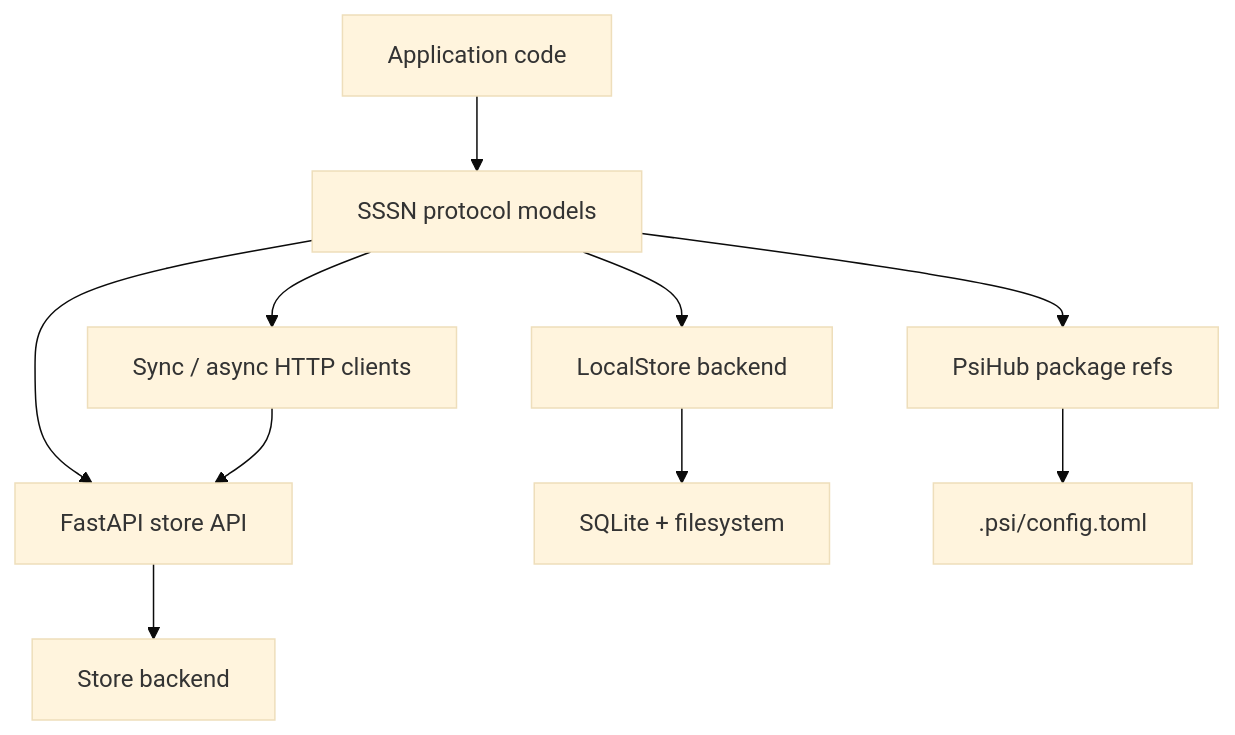
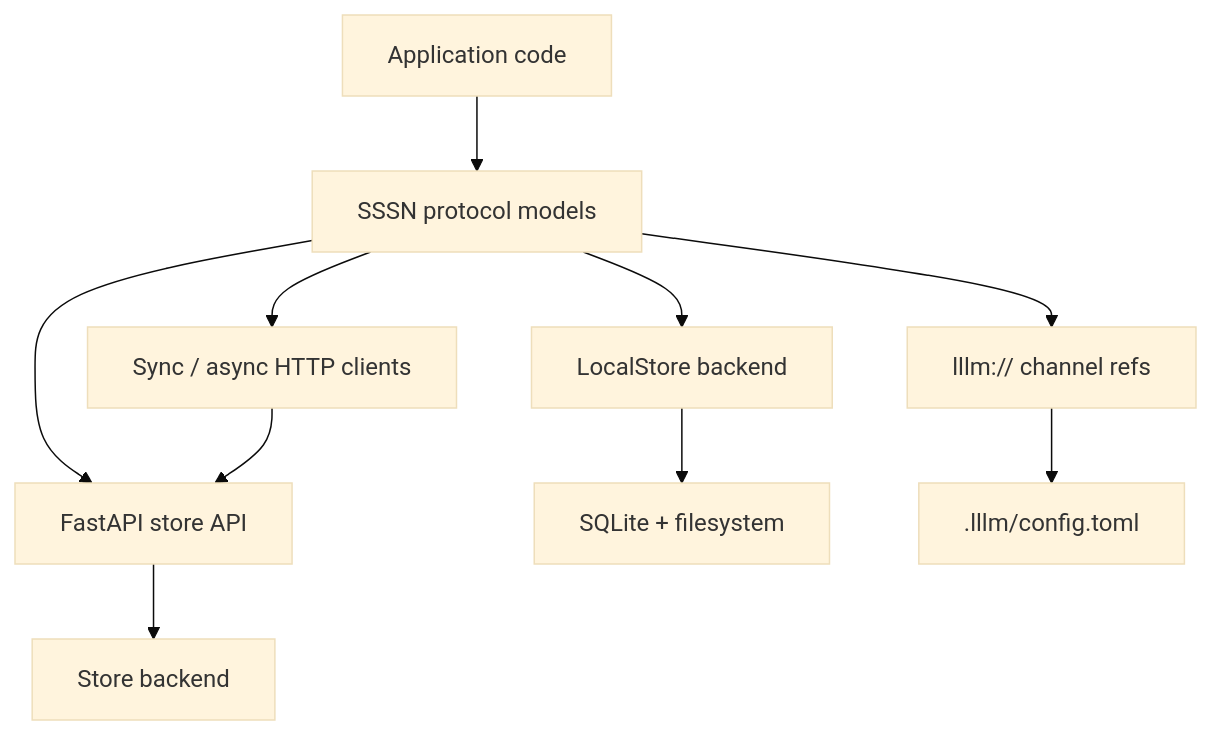
One commit to Productive-Superintelligence/sssn changed the diagram in docs/backends/index.md. Above: the diagram before and after it, drawn with Mermaid (base theme). The commit also changed other lines of this file and 24 other files, not shown here.

````diff
--- a/docs/backends/index.md
+++ b/docs/backends/index.md
@@ -35,12 +35,12 @@
 ```mermaid
 flowchart TD
   A["Application code"] --> B["SSSN protocol models"]
   B --> L["LocalStore backend"]
   B --> H["FastAPI store API"]
   B --> C["Sync / async HTTP clients"]
-  B --> P["PsiHub package refs"]
+  B --> P["lllm:// channel refs"]
   L --> D["SQLite + filesystem"]
   H --> R["Store backend"]
   C --> H
-  P --> F[".psi/config.toml"]
+  P --> F[".lllm/config.toml"]
 ```
````
